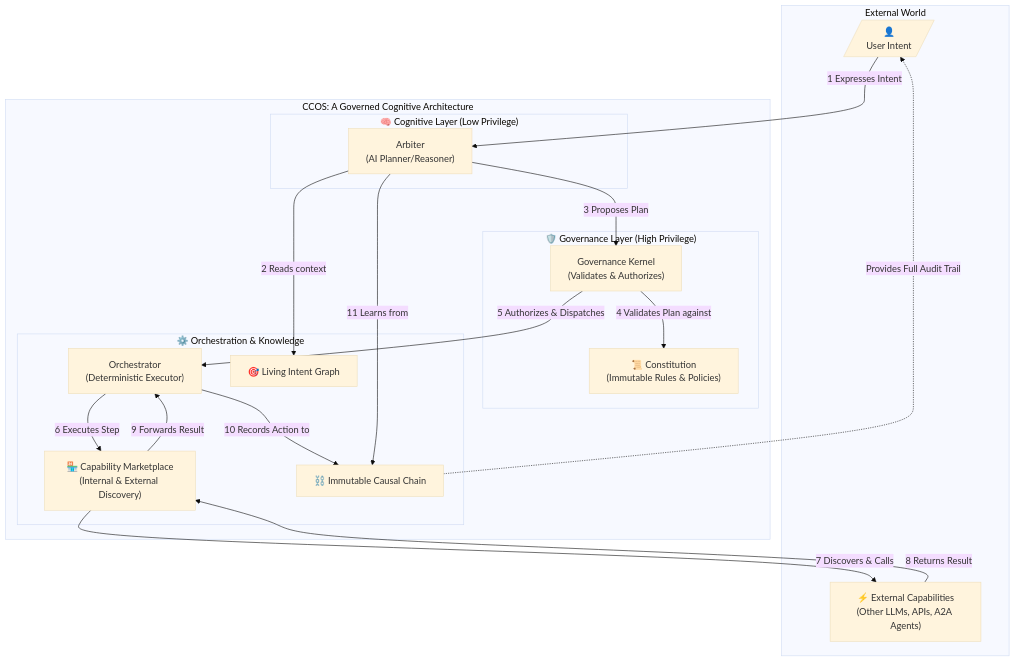
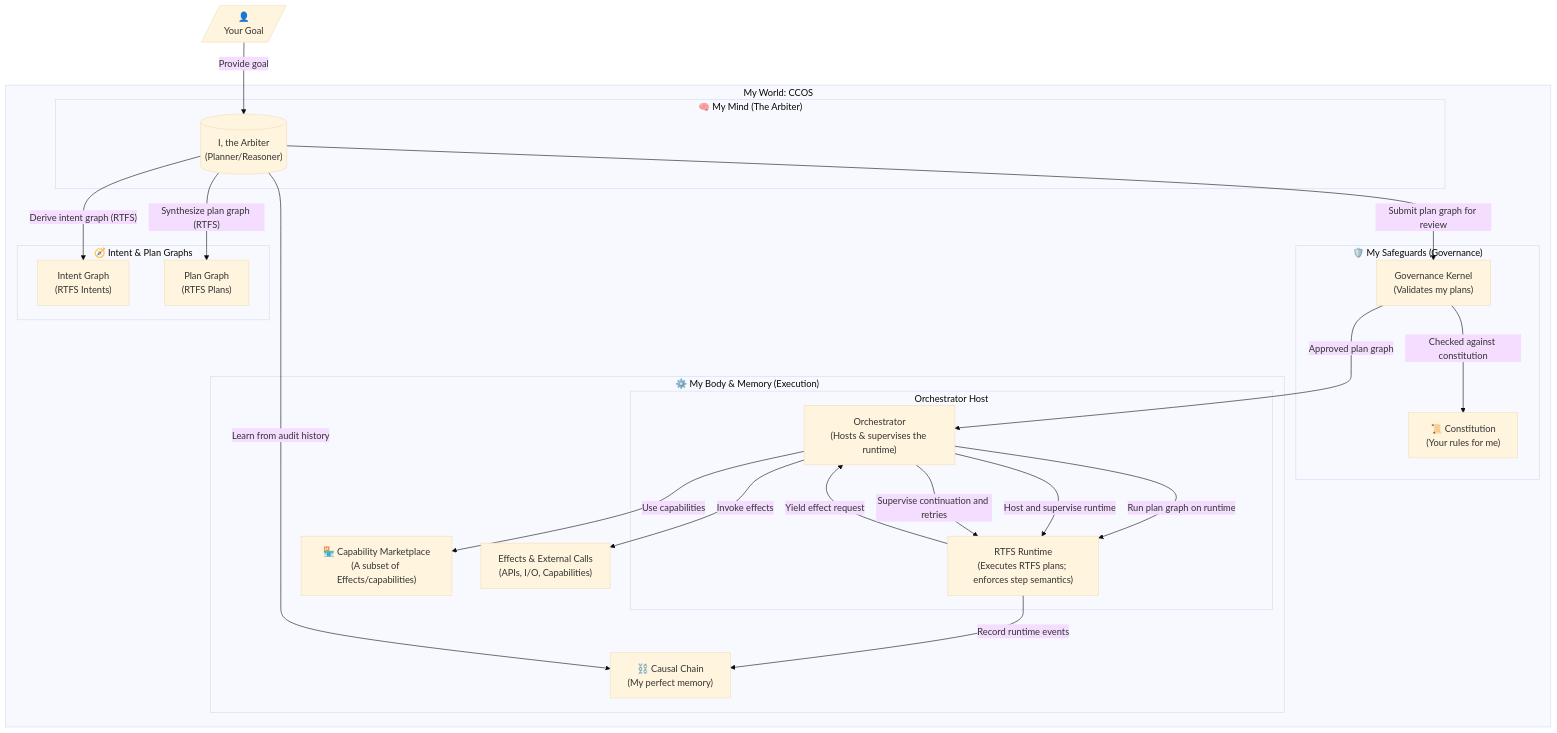
The diagram in README.md (mandubian/ccos), drawn with Mermaid (base theme) before and after one commit. The commit also changed other lines of this file and 19 other files, not shown here.

Commit message:
docs: add RTFS 2.0-aligned CCOS specs (000-013, 017, 020), new docs hubs; README architecture diagram and ecosystem compatibility updates; fix mermaid labels and orchestrator-managed effects; add HUMAN_PARTNER_DISCLAIMER.md

````diff
--- a/README.md
+++ b/README.md
@@ -47,41 +46,43 @@
 ```mermaid
 graph TD
-    subgraph "External World"
-        U[/"👤<br/>User Intent"/]
-        ExtAgents["⚡️ External Capabilities<br/>(Other LLMs, APIs, A2A Agents)"]
+    subgraph "My World: CCOS"
+        subgraph "🧠 My Mind (The Arbiter)"
+                A[("I, the Arbiter<br/>(Planner/Reasoner)")]
+            end
+
+        subgraph "🛡️ My Safeguards (Governance)"
+            K["Governance Kernel<br/>(Validates my plans)"]
+            C["📜 Constitution<br/>(Your rules for me)"]
+        end
+
+        subgraph "🧭 Intent & Plan Graphs"
+            IG["Intent Graph<br/>(RTFS Intents)"]
+            PG["Plan Graph<br/>(RTFS Plans)"]
+        end
+
+        subgraph "⚙️ My Body & Memory (Execution)"
+            subgraph "Orchestrator Host"
+                O["Orchestrator<br/>(Hosts & supervises the runtime)"]
+                RT["RTFS Runtime<br/>(Executes RTFS plans; enforces step semantics)"]
+            end
+            M["🏪 Capability Marketplace<br/>(A subset of Effects/capabilities)"]
+            Effects["Effects & External Calls<br/>(APIs, I/O, Capabilities)"]
+            CC["⛓️ Causal Chain<br/>(My perfect memory)"]
+        end
     end
 
-    subgraph "CCOS: A Governed Cognitive Architecture"
-        subgraph "🧠 Cognitive Layer (Low Privilege)"
-            Arbiter["Arbiter<br/>(AI Planner/Reasoner)"]
-        end
-
-        subgraph "🛡️ Governance Layer (High Privilege)"
-            Kernel["Governance Kernel<br/>(Validates & Authorizes)"]
-            Constitution["📜 Constitution<br/>(Immutable Rules & Policies)"]
-        end
-
-        subgraph "⚙️ Orchestration & Knowledge"
-            Orchestrator["Orchestrator<br/>(Deterministic Executor)"]
-            Marketplace["🏪 Capability Marketplace<br/>(Internal & External Discovery)"]
-            IntentGraph["🎯 Living Intent Graph"]
-            CausalChain["⛓️ Immutable Causal Chain"]
-        end
-    end
-    
-    %% Core Flows
-    U --> |1 Expresses Intent| Arbiter
-    Arbiter -- "2 Reads context" --> IntentGraph
-    Arbiter -- "3 Proposes Plan" --> Kernel
-    Kernel -- "4 Validates Plan against" --> Constitution
-    Kernel -- "5 Authorizes & Dispatches" --> Orchestrator
-    
-    Orchestrator -- "6 Executes Step" --> Marketplace
-    Marketplace -- "7 Discovers & Calls" --> ExtAgents
-    ExtAgents -- "8 Returns Result" --> Marketplace
-    Marketplace -- "9 Forwards Result" --> Orchestrator
-    
-    Orchestrator -- "10 Records Action to" --> CausalChain
-    Arbiter -- "11 Learns from" --> CausalChain
-    CausalChain -.-> |"Provides Full Audit Trail"| U
+    U[/"👤<br/>Your Goal"/] --> |"Provide goal"| A
+    A --> |"Derive intent graph (RTFS)"| IG
+    A --> |"Synthesize plan graph (RTFS)"| PG
+    A --> |"Submit plan graph for review"| K
+    K --> |"Checked against constitution"| C
+    K --> |"Approved plan graph"| O
+    O --> |"Run plan graph on runtime"| RT
+    O --> |"Host and supervise runtime"| RT
+    RT --> |"Yield effect request"| O
+    O --> |"Invoke effects"| Effects
+    O --> |"Use capabilities"| M
+    RT --> |"Record runtime events"| CC
+    O --> |"Supervise continuation and retries"| RT
+    A --> |"Learn from audit history"| CC
 ```
````
